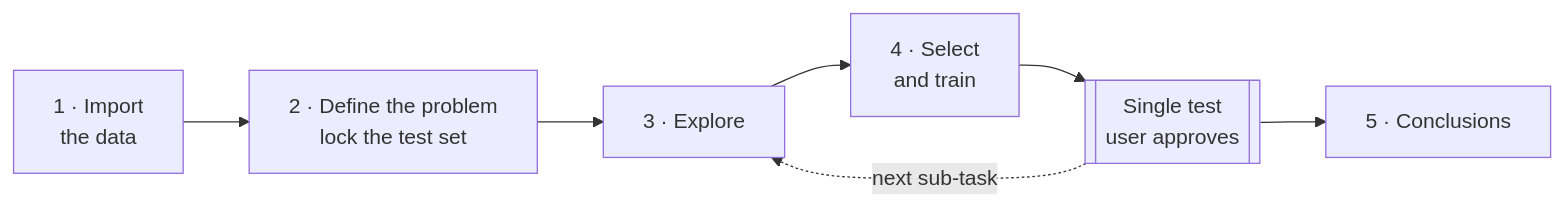
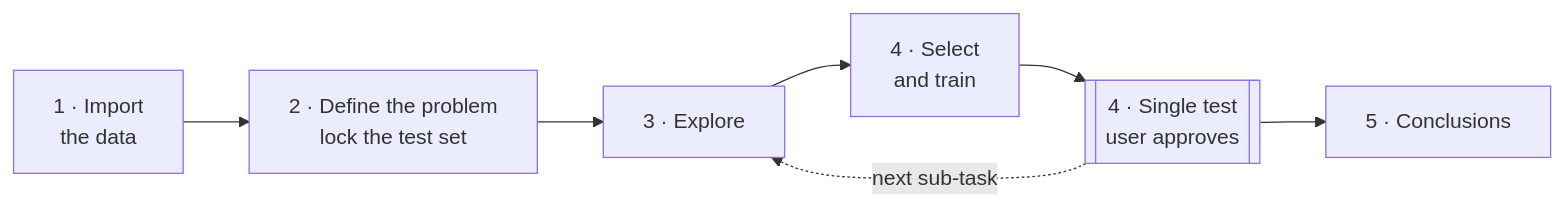
Before and after one commit to Mflorentine/Agentic-ML-Advisor: the second of 2 diagrams in Project Report.md, drawn with Mermaid.

Commit message:
Project Report: Figure 2 test box labelled as part of step 4

````diff
--- a/Project Report.md
+++ b/Project Report.md
@@ -68,9 +68,9 @@
 ```mermaid
 flowchart LR
     S1["1 · Import<br/>the data"] --> S2["2 · Define the problem<br/>lock the test set"]
     S2 --> S3["3 · Explore"]
     S3 --> S4["4 · Select<br/>and train"]
-    S4 --> T[["Single test<br/>user approves"]]
+    S4 --> T[["4 · Single test<br/>user approves"]]
     T --> S5["5 · Conclusions"]
     T -. next sub-task .-> S3
 ```
````
